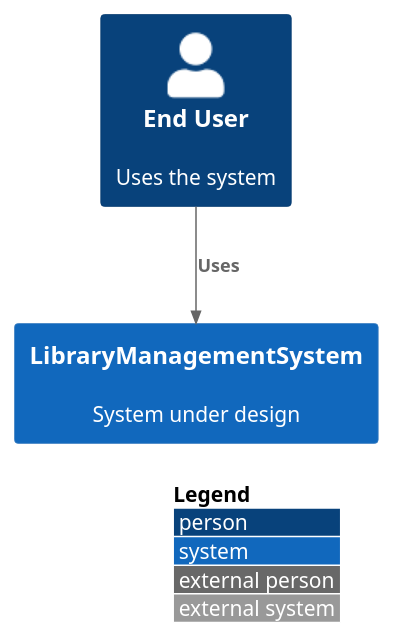
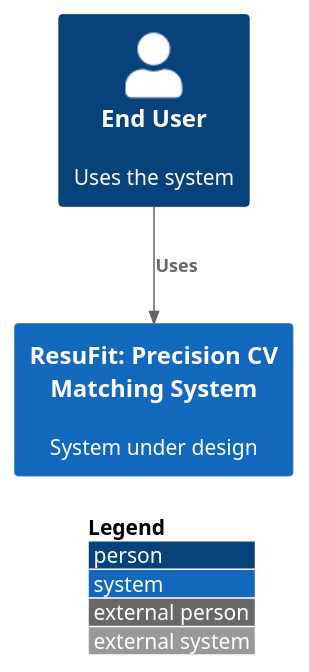
Before and after one commit to hanaAbdelwahab/GPARCHIMIND: the diagram in data/outputs/context_view.puml, drawn with PlantUML. The commit also changed 20 other files, not shown here.

```diff
--- a/data/outputs/context_view.puml
+++ b/data/outputs/context_view.puml
@@ -1,7 +1,7 @@
 @startuml
 !include https://raw.githubusercontent.com/plantuml-stdlib/C4-PlantUML/master/C4_Context.puml
 LAYOUT_WITH_LEGEND()
 Person(UserActor, "End User", "Uses the system")
-System(LibraryManagementSystem, "LibraryManagementSystem", "System under design")
-Rel(UserActor, LibraryManagementSystem, "Uses")
+System(ResuFitPrecisionCVMatchingSystem, "ResuFit: Precision CV Matching System", "System under design")
+Rel(UserActor, ResuFitPrecisionCVMatchingSystem, "Uses")
 @enduml
```
